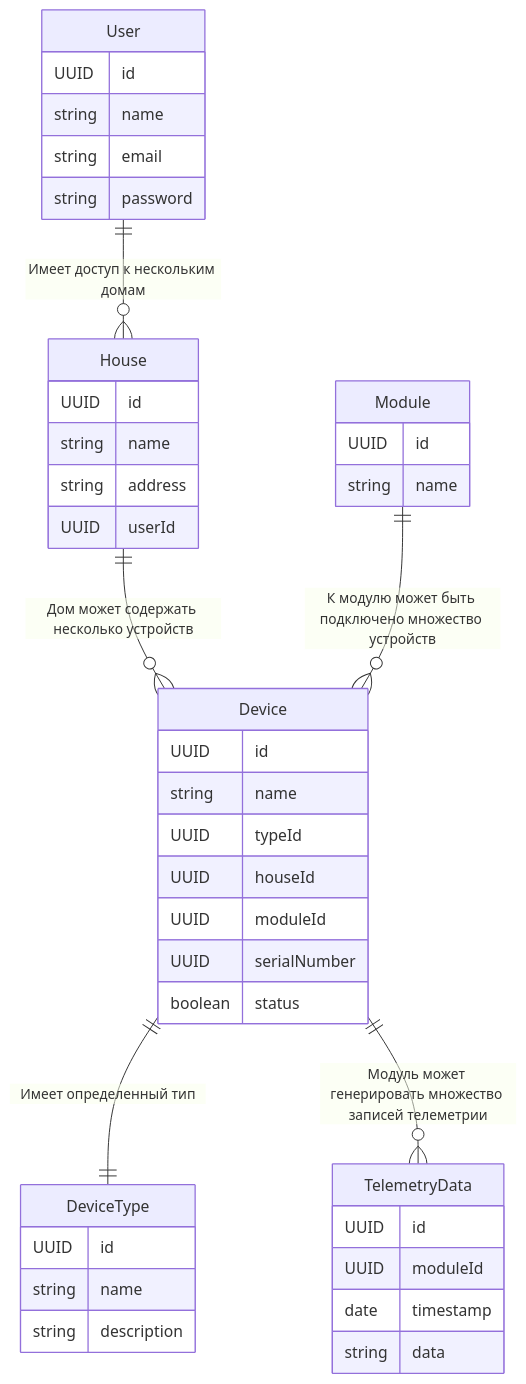
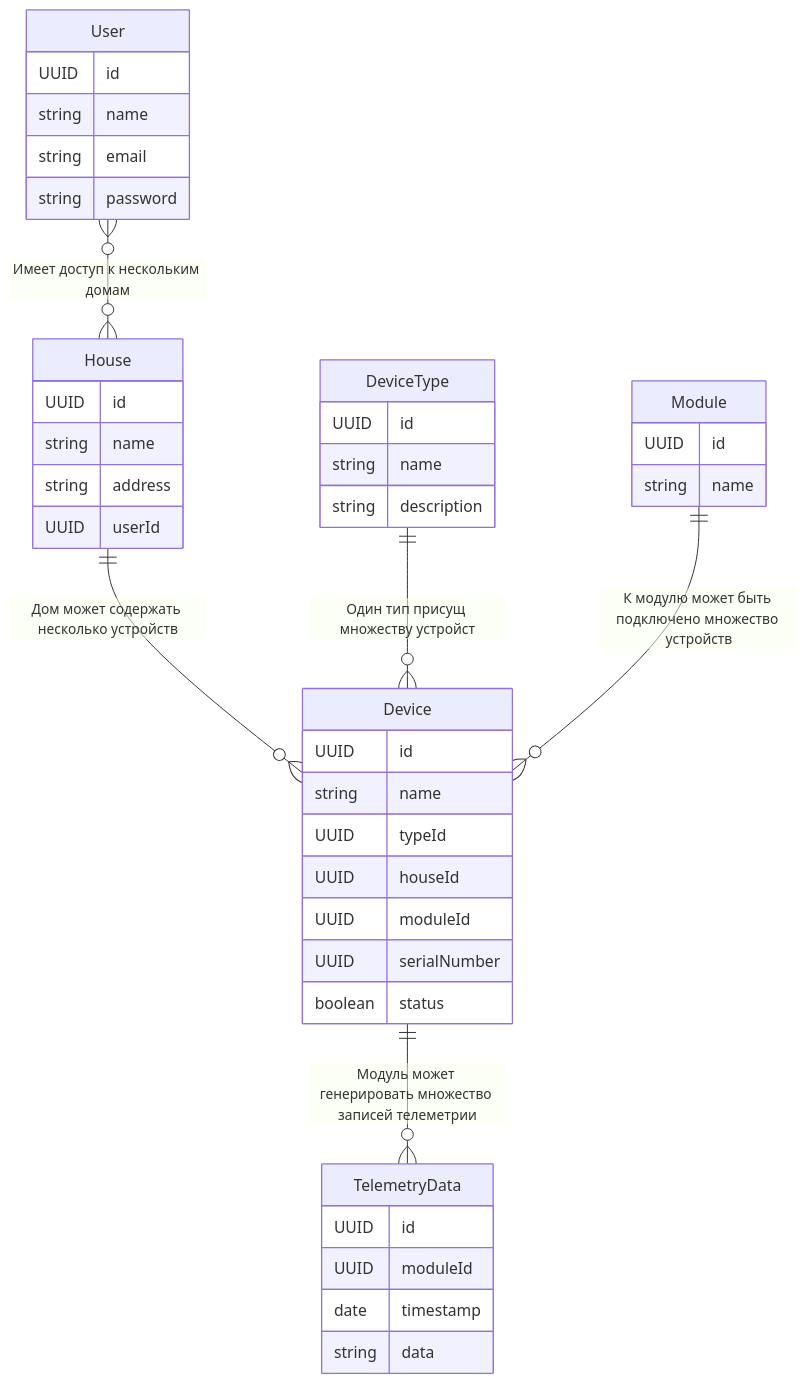
Before and after one commit to lased/architecture-sprint-3: the sixth of 6 diagrams in docs/Проектирование микросервисной архитектуры.md, drawn with Mermaid.

````diff
--- a/docs/Проектирование микросервисной архитектуры.md
+++ b/docs/Проектирование микросервисной архитектуры.md
@@ -214,50 +214,50 @@
 ```mermaid
 erDiagram
     User {
         UUID id
         string name
         string email
         string password
     }
 
     House {
         UUID id
         string name
         string address
         UUID userId
     }
 
     Device {
         UUID id
         string name
         UUID typeId
         UUID houseId
         UUID moduleId
         UUID serialNumber
         boolean status
     }
 
     DeviceType {
         UUID id
         string name
         string description
     }
 
     TelemetryData {
         UUID id
         UUID moduleId
         date timestamp
         string data
     }
 
     Module {
         UUID id
         string name
     }
 
-    User ||--o{ House : "Имеет доступ к нескольким домам"
+    User }o--o{ House : "Имеет доступ к нескольким домам"
     House ||--o{ Device : "Дом может содержать несколько устройств"
-    Device ||--|| DeviceType : "Имеет определенный тип"
+    DeviceType ||--o{ Device : "Один тип присущ множеству устройст"
     Device ||--o{ TelemetryData : "Модуль может генерировать множество записей телеметрии"
     Module ||--o{ Device : "К модулю может быть подключено множество устройств"
 ```
````
